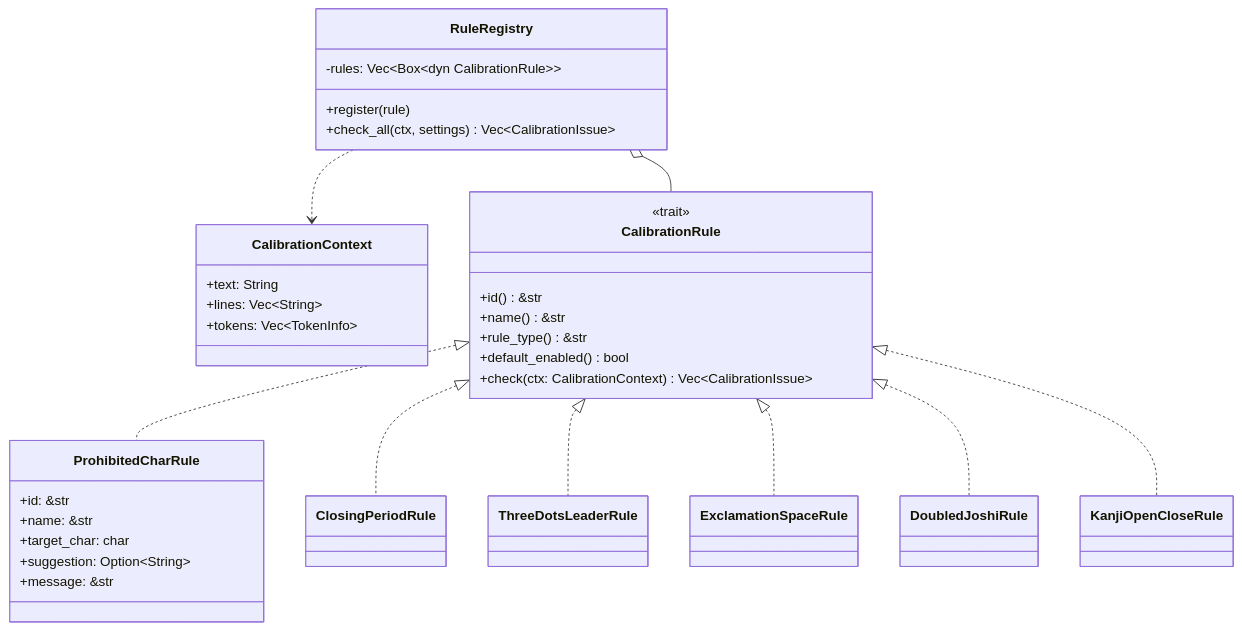
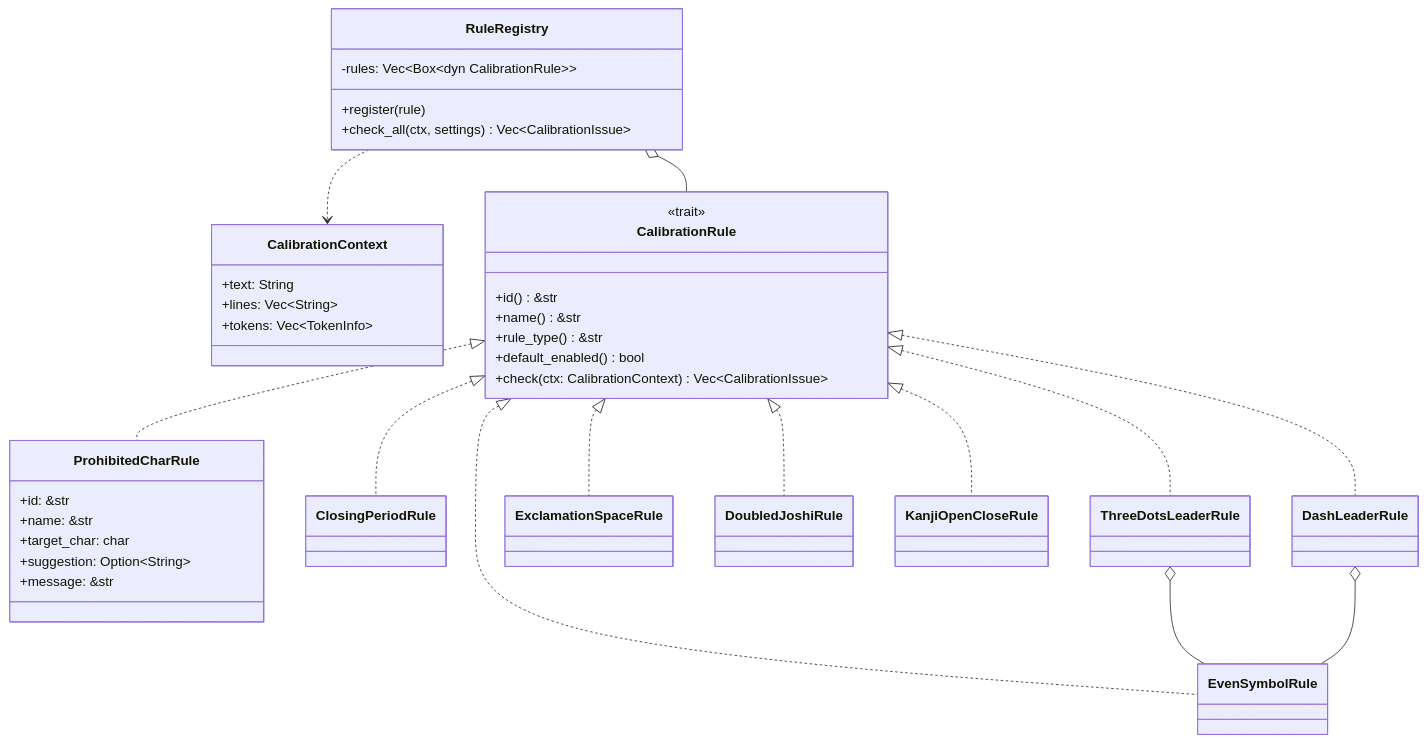
The second of 3 diagrams in docs/dev/日本語文章校正および形態素解析基盤設計計画.md (mituha/novelaide), drawn with Mermaid before and after one commit. The commit also changed other lines of this file and 12 other files, not shown here.

Commit message:
refactor(calibration): 三点リーダーとダッシュの共通検証構造体 EvenSymbolRule の導入 (v0.31.1 / plugin v0.7.1)

````diff
--- a/docs/dev/日本語文章校正および形態素解析基盤設計計画.md
+++ b/docs/dev/日本語文章校正および形態素解析基盤設計計画.md
@@ -84,46 +84,50 @@
 ```mermaid
 classDiagram
     class CalibrationContext {
         +text: String
         +lines: Vec~String~
         +tokens: Vec~TokenInfo~
     }
 
     class CalibrationRule {
         <<trait>>
         +id() &str
         +name() &str
         +rule_type() &str
         +default_enabled() bool
         +check(ctx: CalibrationContext) Vec~CalibrationIssue~
     }
 
     class RuleRegistry {
         -rules: Vec~Box~dyn CalibrationRule~~
         +register(rule)
         +check_all(ctx, settings) Vec~CalibrationIssue~
     }
 
     class ProhibitedCharRule {
         +id: &str
         +name: &str
         +target_char: char
         +suggestion: Option~String~
         +message: &str
     }
 
     class ClosingPeriodRule
     class ThreeDotsLeaderRule
     class ExclamationSpaceRule
     class DoubledJoshiRule
     class KanjiOpenCloseRule
 
     CalibrationRule <|.. ProhibitedCharRule
+    CalibrationRule <|.. EvenSymbolRule
     CalibrationRule <|.. ClosingPeriodRule
     CalibrationRule <|.. ThreeDotsLeaderRule
+    CalibrationRule <|.. DashLeaderRule
     CalibrationRule <|.. ExclamationSpaceRule
     CalibrationRule <|.. DoubledJoshiRule
     CalibrationRule <|.. KanjiOpenCloseRule
+    ThreeDotsLeaderRule o-- EvenSymbolRule
+    DashLeaderRule o-- EvenSymbolRule
     RuleRegistry o-- CalibrationRule
     RuleRegistry ..> CalibrationContext
 ```
````
